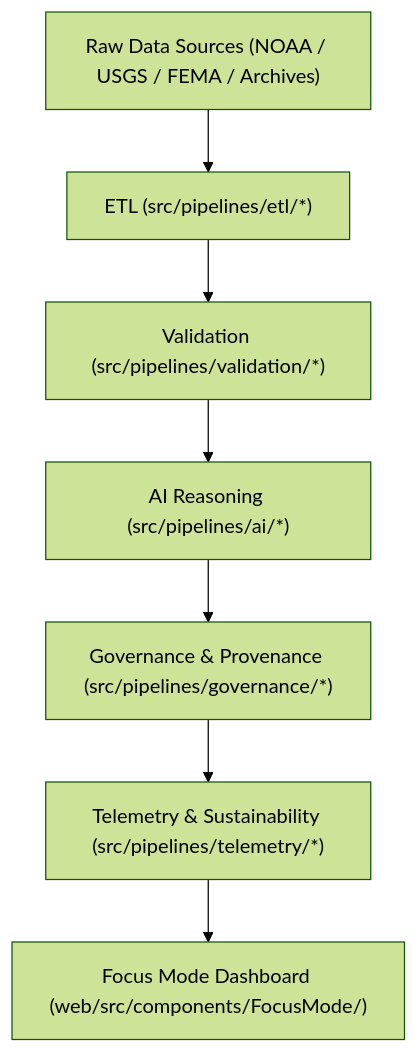
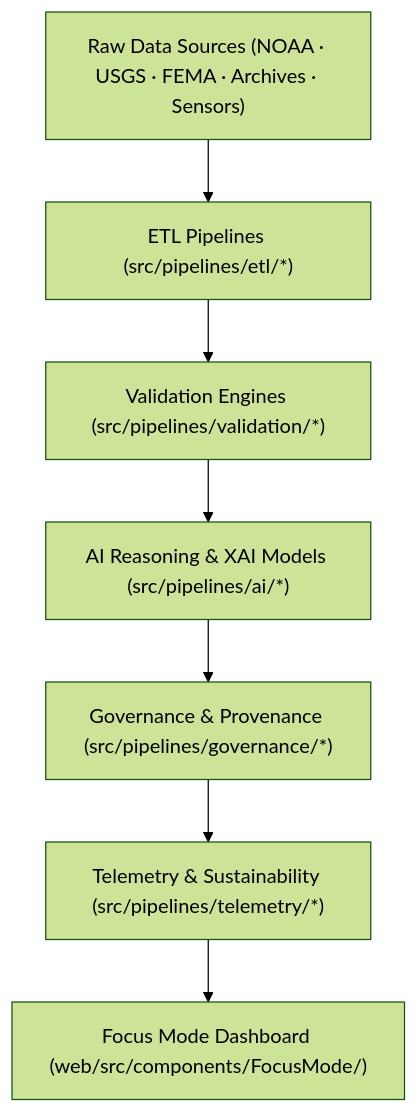
One commit to bartytime4life/Kansas-Frontier-Matrix changed the diagram in src/ARCHITECTURE.md. Above: the diagram before and after it, drawn with Mermaid (forest theme). The commit also changed other lines of this file, not shown here.

Commit message:
Update architecture documentation to v10.1.0

````diff
--- a/src/ARCHITECTURE.md
+++ b/src/ARCHITECTURE.md
@@ -52,9 +53,9 @@
 ```mermaid
 graph TD
-A["Raw Data Sources (NOAA / USGS / FEMA / Archives)"] --> B["ETL (src/pipelines/etl/*)"]
-B --> C["Validation (src/pipelines/validation/*)"]
-C --> D["AI Reasoning (src/pipelines/ai/*)"]
+A["Raw Data Sources (NOAA · USGS · FEMA · Archives · Sensors)"] --> B["ETL Pipelines (src/pipelines/etl/*)"]
+B --> C["Validation Engines (src/pipelines/validation/*)"]
+C --> D["AI Reasoning & XAI Models (src/pipelines/ai/*)"]
 D --> E["Governance & Provenance (src/pipelines/governance/*)"]
 E --> F["Telemetry & Sustainability (src/pipelines/telemetry/*)"]
 F --> G["Focus Mode Dashboard (web/src/components/FocusMode/)"]
 ```
````
